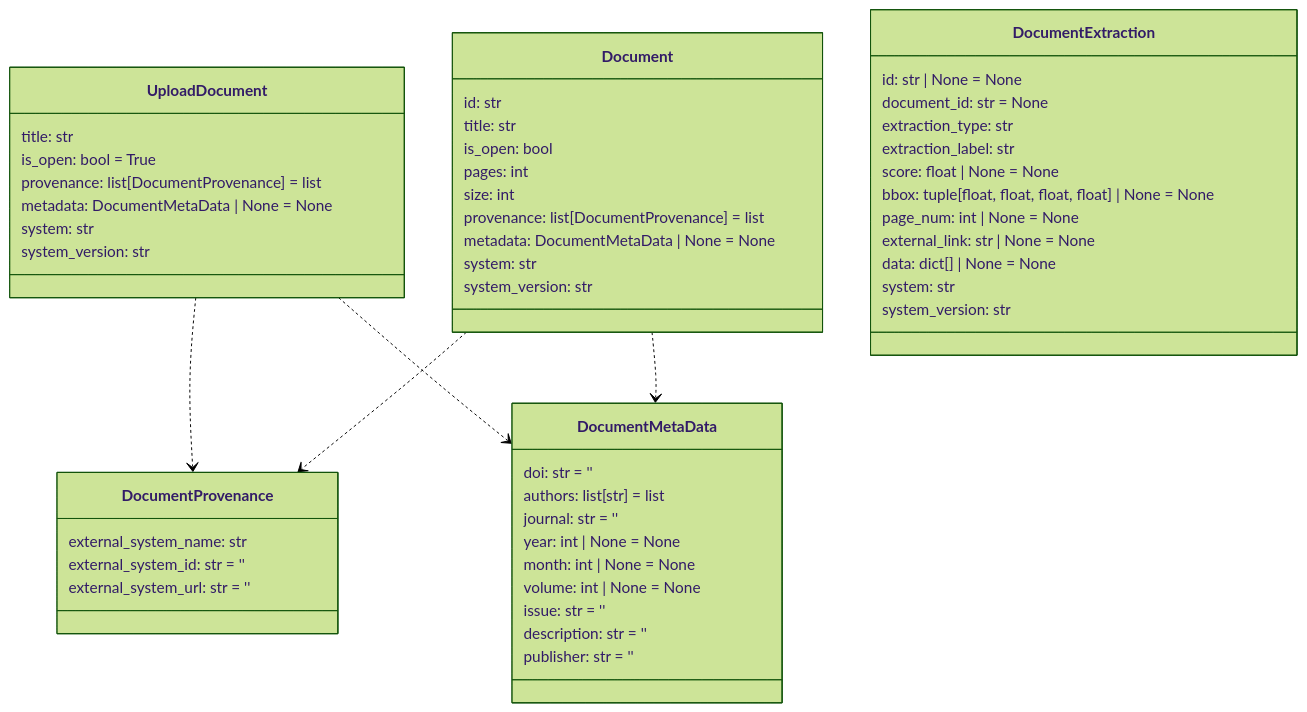
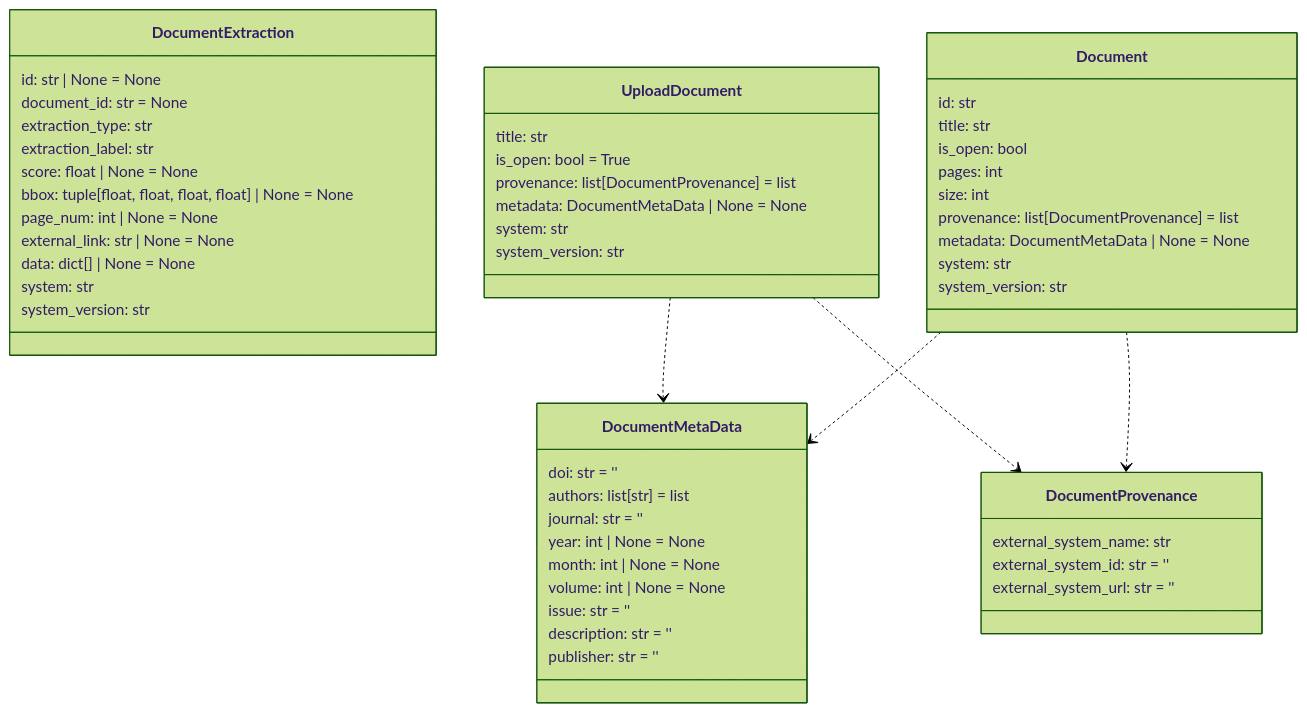
The ninth of 14 diagrams in README.md (DARPA-CRITICALMAAS/cdr_schemas), drawn with Mermaid (forest theme) before and after one commit. The commit also changed other lines of this file and 1 other file, not shown here.

First line of the commit message:
Updated schema for BNN

````diff
--- a/README.md
+++ b/README.md
@@ -695,63 +695,63 @@
 ```mermaid
 classDiagram
-
-    class DocumentProvenance {
-        external_system_name: str
-        external_system_id: str = ''
-        external_system_url: str = ''
-    }
-
-    class Document {
-        id: str
-        title: str
-        is_open: bool
-        pages: int
-        size: int
-        provenance: list[DocumentProvenance] = list
-        metadata: DocumentMetaData | None = None
-        system: str
-        system_version: str
-    }
-
-    class UploadDocument {
-        title: str
-        is_open: bool = True
-        provenance: list[DocumentProvenance] = list
-        metadata: DocumentMetaData | None = None
-        system: str
-        system_version: str
-    }
 
     class DocumentExtraction {
         id: str | None = None
         document_id: str = None
         extraction_type: str
         extraction_label: str
         score: float | None = None
         bbox: tuple[float, float, float, float] | None = None
         page_num: int | None = None
         external_link: str | None = None
         data: dict[] | None = None
         system: str
         system_version: str
     }
 
     class DocumentMetaData {
         doi: str = ''
         authors: list[str] = list
         journal: str = ''
         year: int | None = None
         month: int | None = None
         volume: int | None = None
         issue: str = ''
         description: str = ''
         publisher: str = ''
     }
 
+    class Document {
+        id: str
+        title: str
+        is_open: bool
+        pages: int
+        size: int
+        provenance: list[DocumentProvenance] = list
+        metadata: DocumentMetaData | None = None
+        system: str
+        system_version: str
+    }
+
+    class DocumentProvenance {
+        external_system_name: str
+        external_system_id: str = ''
+        external_system_url: str = ''
+    }
+
+    class UploadDocument {
+        title: str
+        is_open: bool = True
+        provenance: list[DocumentProvenance] = list
+        metadata: DocumentMetaData | None = None
+        system: str
+        system_version: str
+    }
+
+    UploadDocument ..> DocumentMetaData
     UploadDocument ..> DocumentProvenance
-    UploadDocument ..> DocumentMetaData
+    Document ..> DocumentMetaData
     Document ..> DocumentProvenance
-    Document ..> DocumentMetaData
 
 
 ```
````
